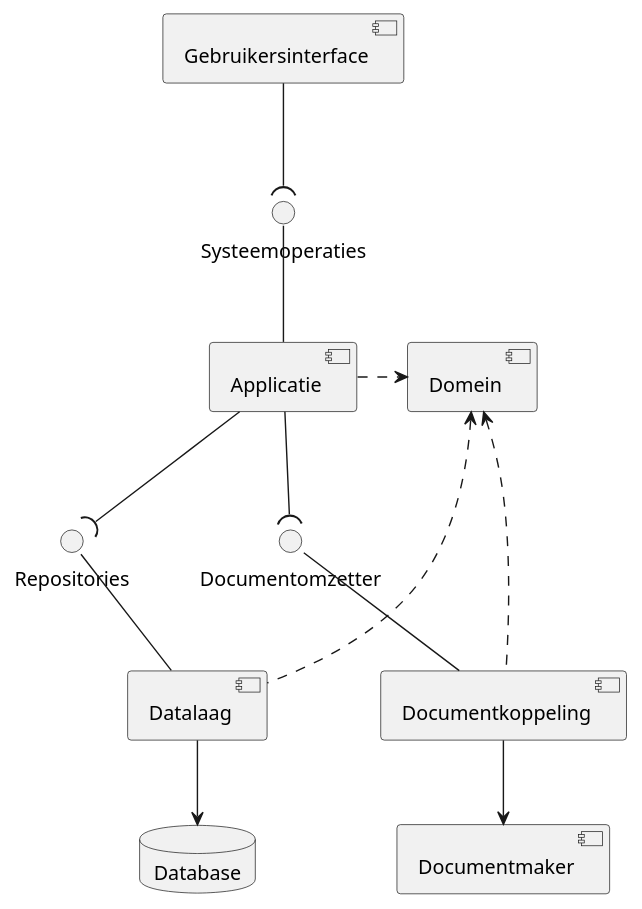
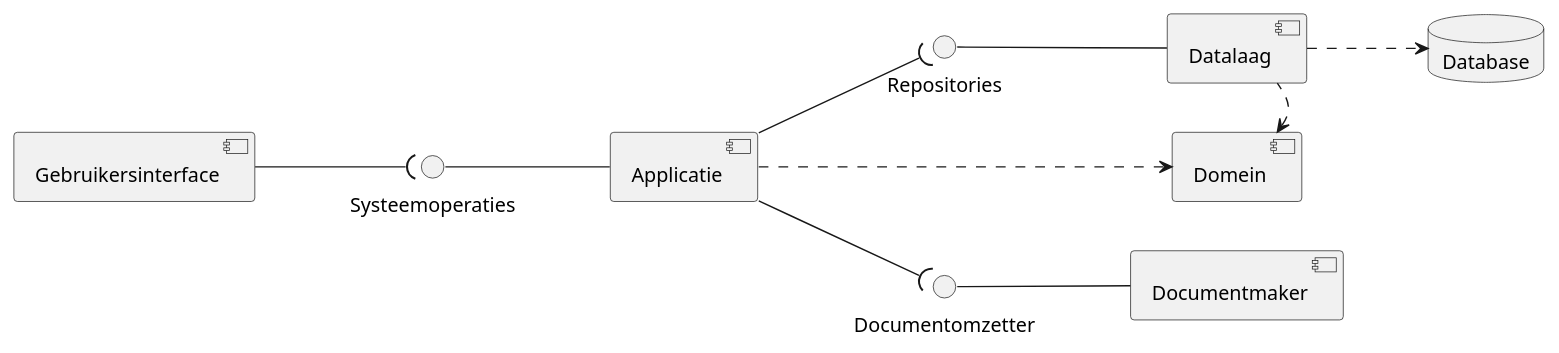
Before and after one commit to HAN-Craftsmanship-KL-JJG/casus: the diagram in docs/diagrams/componentdiagram.puml, drawn with PlantUML. The commit also changed 3 other files, not shown here.

First line of the commit message:
docs: tidy the component diagram and show one document component

```diff
--- a/docs/diagrams/componentdiagram.puml
+++ b/docs/diagrams/componentdiagram.puml
@@ -1,33 +1,36 @@
 @startuml componentdiagram
 ' Component diagram van ICDE: de lagen en hun interfaces. Toelichting: docs/06-architectuur.md
 ' De interfaces Repositories en Documentomzetter horen bij het domein.
-' De datalaag en de documentkoppeling implementeren ze.
+' De datalaag en de documentmaker bieden ze aan.
+' Het diagram loopt van links naar rechts, zodat de lijnen naast de namen van de interfaces lopen.
 skinparam style strictuml
 skinparam shadowing false
 skinparam defaultFontName Helvetica
 skinparam componentStyle uml2
+left to right direction
 
 component Gebruikersinterface
 component Applicatie
+component Datalaag
 component Domein
-component Datalaag
-component Documentkoppeling
 component Documentmaker
 database Database
 
 interface Systeemoperaties
 interface Repositories
 interface Documentomzetter
 
-Gebruikersinterface -down-( Systeemoperaties
-Systeemoperaties -down- Applicatie
-Applicatie .right.> Domein
-Applicatie -down-( Repositories
-Repositories -down- Datalaag
-Datalaag .up.> Domein
-Datalaag -down-> Database
-Applicatie -down-( Documentomzetter
-Documentomzetter -down- Documentkoppeling
-Documentkoppeling .up.> Domein
-Documentkoppeling -down-> Documentmaker
+Gebruikersinterface --( Systeemoperaties
+Systeemoperaties -- Applicatie
+Applicatie --( Repositories
+Applicatie ...> Domein
+Applicatie --( Documentomzetter
+Repositories -- Datalaag
+Documentomzetter -- Documentmaker
+Domein <. Datalaag
+Datalaag ..> Database
+
+' Onzichtbare lijnen zetten Domein tussen Datalaag en Documentmaker.
+Datalaag -[hidden]right- Domein
+Domein -[hidden]right- Documentmaker
 @enduml
```
